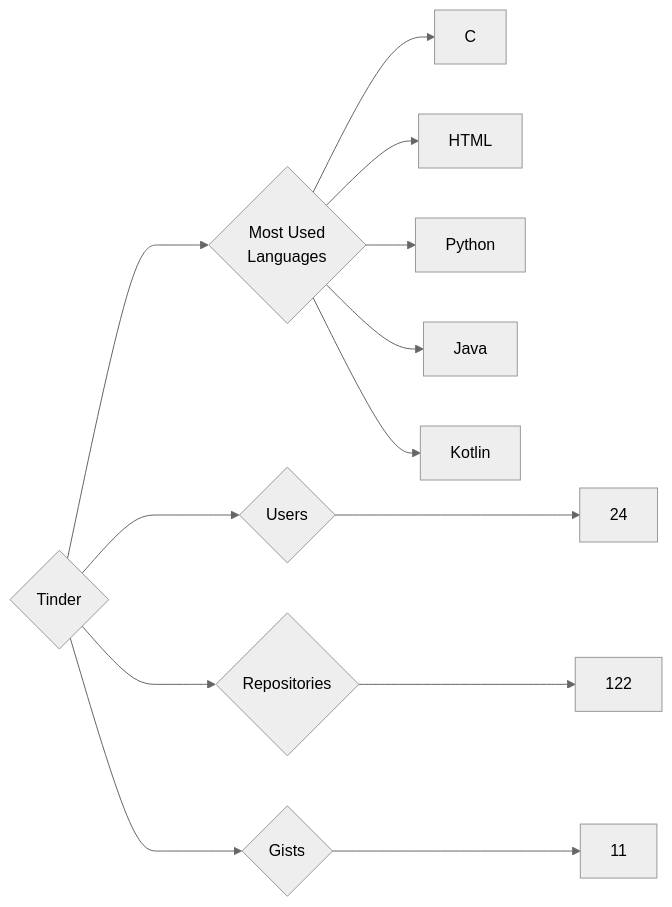
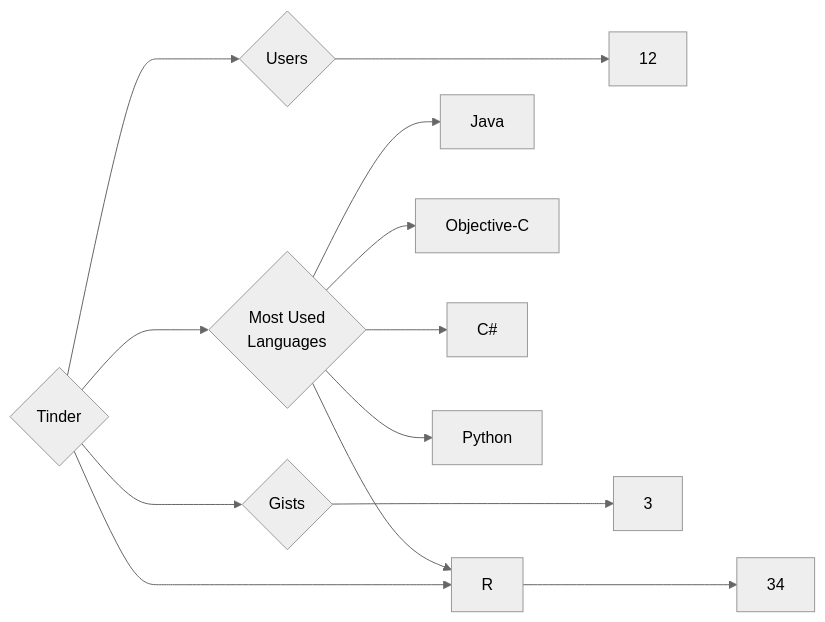
Before and after one commit to trickest/insiders: the diagram in targets/Tinder/README.md, drawn with Mermaid (neutral theme). The commit also changed 748 other files, not shown here.

````diff
--- a/targets/Tinder/README.md
+++ b/targets/Tinder/README.md
@@ -3,13 +3,13 @@
 ```mermaid
 graph LR
 COMPANY_NAME{Tinder}
-COMPANY_NAME ---> U{Users} ---> UN[24]
-COMPANY_NAME ---> R{Repositories} ---> RN[122]
-COMPANY_NAME ---> G{Gists} ---> GN[11]
+COMPANY_NAME ---> U{Users} ---> UN[12]
+COMPANY_NAME ---> R{Repositories} ---> RN[34]
+COMPANY_NAME ---> G{Gists} ---> GN[3]
 COMPANY_NAME ---> ML{Most Used<br>Languages}
-ML --> C[C]
-ML --> HTML[HTML]
+ML --> Java[Java]
+ML --> Objective-C[Objective-C]
+ML --> C#[C#]
+ML --> R[R]
 ML --> Python[Python]
-ML --> Java[Java]
-ML --> Kotlin[Kotlin]
 ```
````
